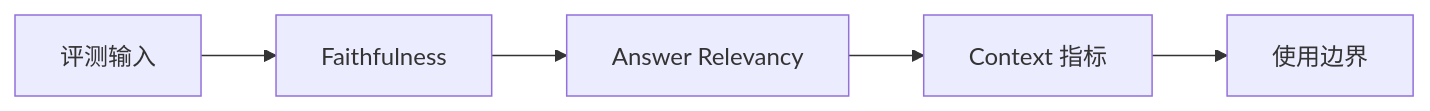
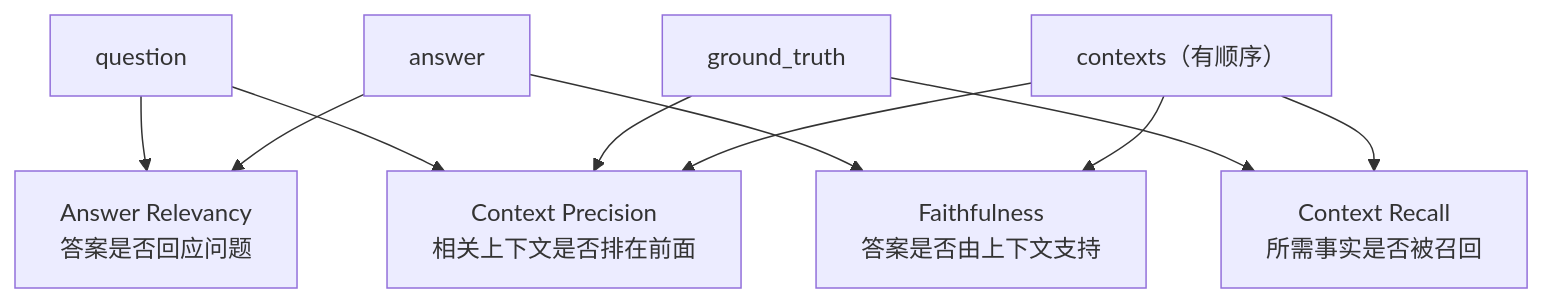
The diagram in notes/08-evaluation/p048-RAG评价神器-Ragas框架.md (luyunix/rag_study), drawn with Mermaid before and after one commit. The commit also changed other lines of this file and 25 other files, not shown here.

````diff
--- a/notes/08-evaluation/p048-RAG评价神器-Ragas框架.md
+++ b/notes/08-evaluation/p048-RAG评价神器-Ragas框架.md
@@ -17,12 +32,12 @@
 ```mermaid
-flowchart LR
-    N0["评测输入"]
-    N1["Faithfulness"]
-    N2["Answer Relevancy"]
-    N3["Context 指标"]
-    N4["使用边界"]
-    N0 --> N1
-    N1 --> N2
-    N2 --> N3
-    N3 --> N4
+flowchart TB
+    Q["question"] --> AR["Answer Relevancy<br/>答案是否回应问题"]
+    A["answer"] --> AR
+    A --> F["Faithfulness<br/>答案是否由上下文支持"]
+    C["contexts（有顺序）"] --> F
+    G["ground_truth"] --> CR["Context Recall<br/>所需事实是否被召回"]
+    C --> CR
+    Q --> CP["Context Precision<br/>相关上下文是否排在前面"]
+    G --> CP
+    C --> CP
 ```
````
